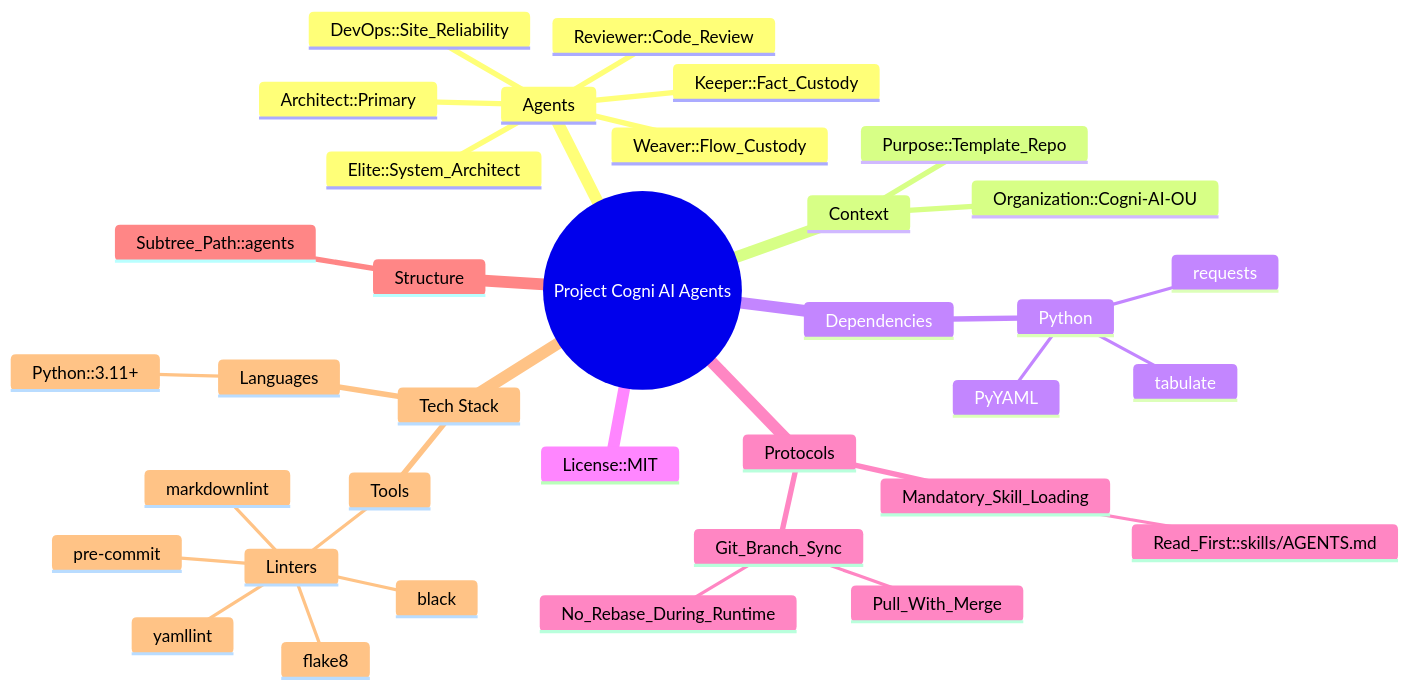
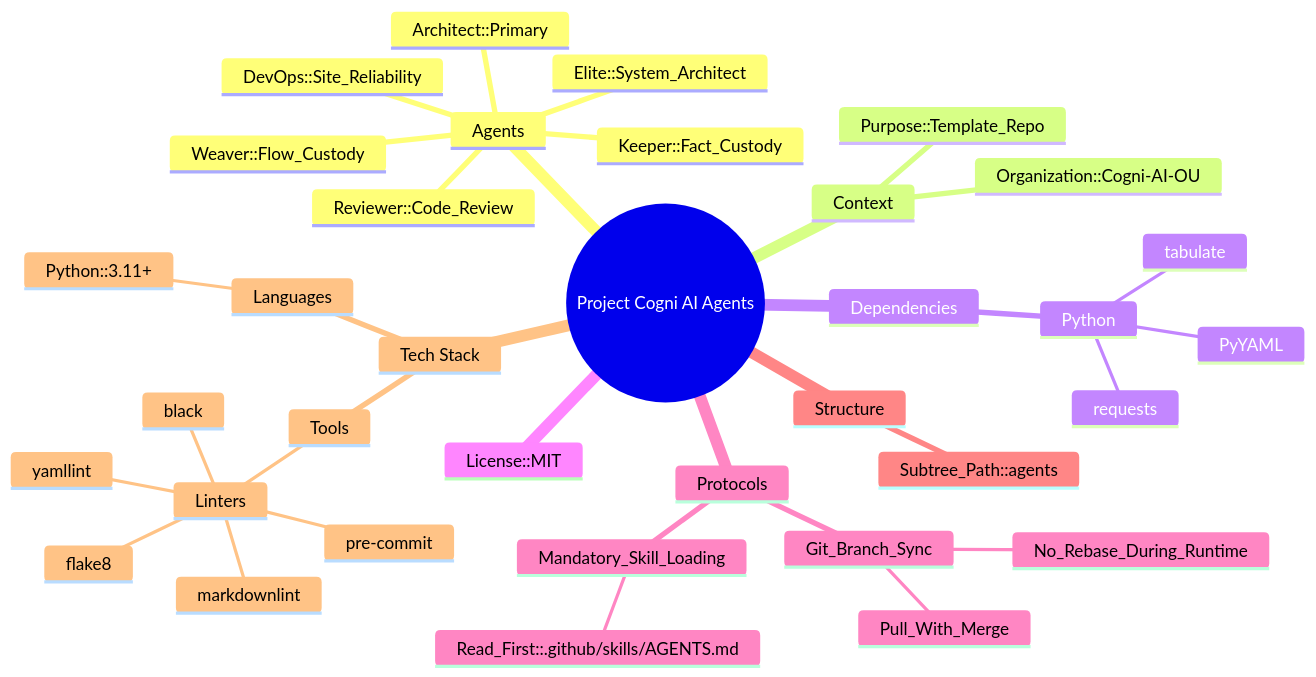
Before and after one commit to Cogni-AI-OU/cogni-ai-agents: the diagram in FACTS.mmd, drawn with Mermaid. The commit also changed 4 other files, not shown here.

```diff
--- a/FACTS.mmd
+++ b/FACTS.mmd
@@ -1,36 +1,36 @@
 mindmap
   root((Project Cogni AI Agents))
     Agents
       Architect::Primary
       DevOps::Site_Reliability
       Elite::System_Architect
       Keeper::Fact_Custody
       Reviewer::Code_Review
       Weaver::Flow_Custody
     Context
       Organization::Cogni-AI-OU
       Purpose::Template_Repo
     Dependencies
       Python
         PyYAML
         requests
         tabulate
     License::MIT
     Protocols
       Git_Branch_Sync
         No_Rebase_During_Runtime
         Pull_With_Merge
       Mandatory_Skill_Loading
-        Read_First::skills/AGENTS.md
+        Read_First::.github/skills/AGENTS.md
     Structure
       Subtree_Path::agents
     Tech Stack
       Languages
         Python::3.11+
       Tools
         Linters
           black
           flake8
           markdownlint
           pre-commit
           yamllint
```
